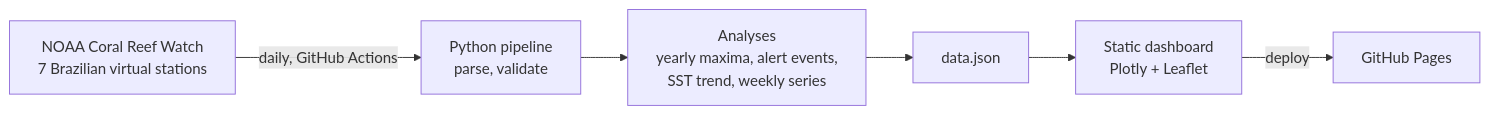
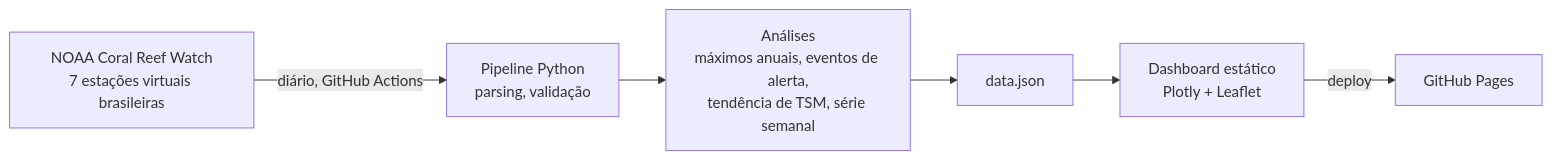
The diagram in README.md (hnryguchi/CoralGuard), drawn with Mermaid before and after one commit. The commit also changed other lines of this file and 1 other file, not shown here.

````diff
--- a/README.md
+++ b/README.md
@@ -44,8 +46,8 @@
 ```mermaid
 flowchart LR
-    A[NOAA Coral Reef Watch<br/>7 Brazilian virtual stations] -->|daily, GitHub Actions| B[Python pipeline<br/>parse, validate]
-    B --> C[Analyses<br/>yearly maxima, alert events,<br/>SST trend, weekly series]
+    A[NOAA Coral Reef Watch<br/>7 estações virtuais brasileiras] -->|diário, GitHub Actions| B[Pipeline Python<br/>parsing, validação]
+    B --> C[Análises<br/>máximos anuais, eventos de alerta,<br/>tendência de TSM, série semanal]
     C --> D[data.json]
-    D --> E[Static dashboard<br/>Plotly + Leaflet]
+    D --> E[Dashboard estático<br/>Plotly + Leaflet]
     E -->|deploy| F[GitHub Pages]
 ```
````
